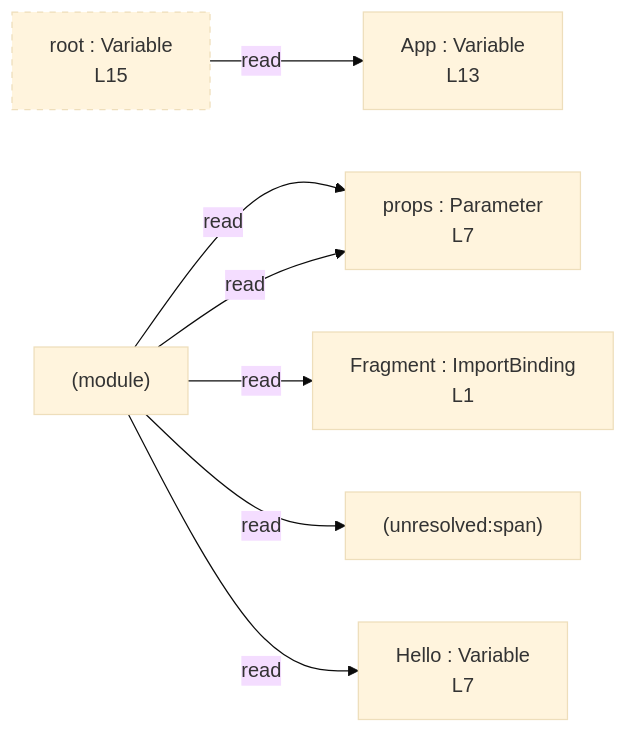
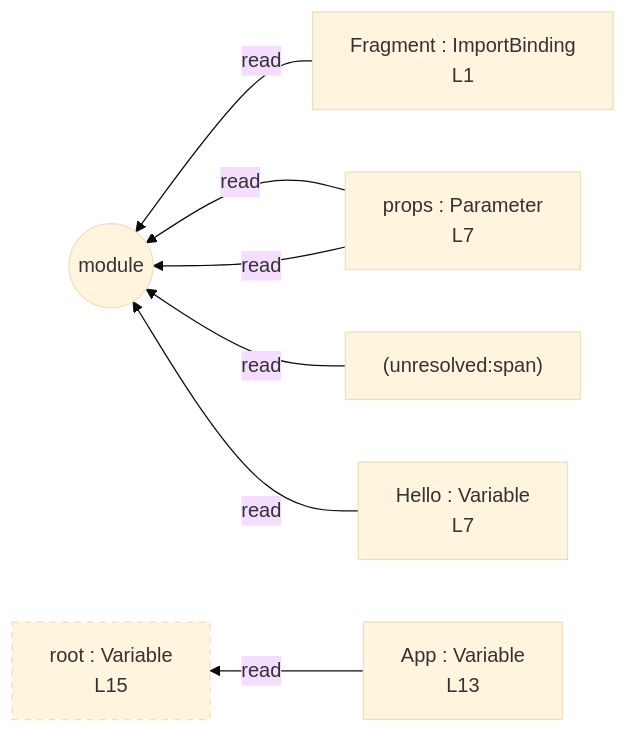
The diagram in integration/fixtures/jsx-component/preview.md (crescware/unsnarl), drawn with Mermaid (base theme) before and after one commit. The commit also changed 27 other files, not shown here.

First line of the commit message:
feat(mermaid): subgraphs + RL layout + dataflow arrows

````diff
--- a/integration/fixtures/jsx-component/preview.md
+++ b/integration/fixtures/jsx-component/preview.md
@@ -25,18 +25,18 @@
 ```mermaid
-flowchart LR
+flowchart RL
   n_scope_0_Fragment_9["Fragment : ImportBinding\nL1"]
   n_scope_0_Hello_79["Hello : Variable\nL7"]
   n_scope_0_App_196["App : Variable\nL13"]
   n_scope_0_root_237["root : Variable\nL15"]
+  n_scope_0_span_125["(unresolved:span)"]
   n_scope_1_props_88["props : Parameter\nL7"]
-  n_scope_0_span_125["(unresolved:span)"]
-  module_root -->|read| n_scope_1_props_88
-  module_root -->|read| n_scope_0_Fragment_9
-  module_root -->|read| n_scope_0_span_125
-  module_root -->|read| n_scope_1_props_88
-  module_root -->|read| n_scope_0_Hello_79
-  n_scope_0_root_237 -->|read| n_scope_0_App_196
-  module_root["(module)"]
+  n_scope_1_props_88 -->|read| module_root
+  n_scope_0_Fragment_9 -->|read| module_root
+  n_scope_0_span_125 -->|read| module_root
+  n_scope_1_props_88 -->|read| module_root
+  n_scope_0_Hello_79 -->|read| module_root
+  n_scope_0_App_196 -->|read| n_scope_0_root_237
+  module_root((module))
   classDef unused stroke-dasharray: 5 5;
   class n_scope_0_root_237 unused;
 ```
````
